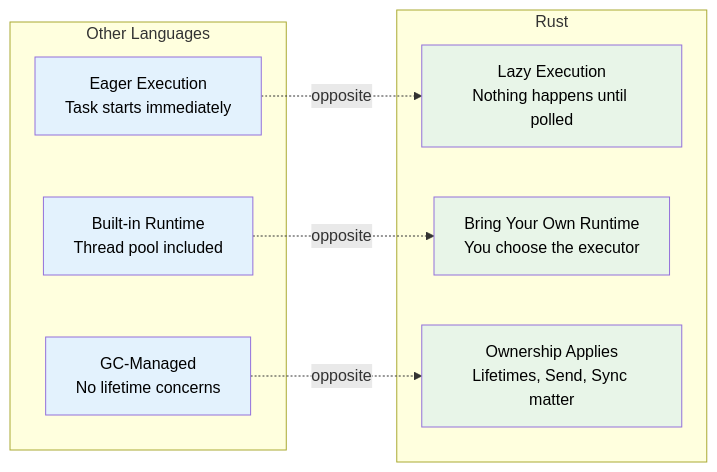
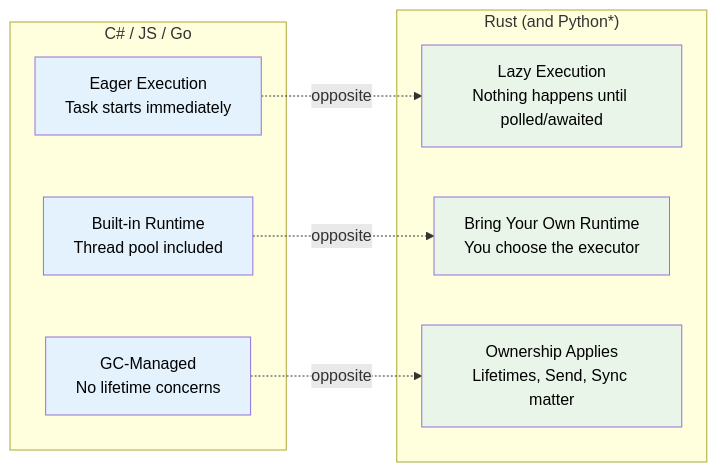
One commit to ruhankhandakar/rust-learning-microsoft changed the first of 2 diagrams in content/async-book/ch01-why-async-is-different-in-rust.md. Above: the diagram before and after it, drawn with Mermaid. The commit also changed other lines of this file and 6 other files, not shown here.

````diff
--- a/content/async-book/ch01-why-async-is-different-in-rust.md
+++ b/content/async-book/ch01-why-async-is-different-in-rust.md
@@ -19,25 +19,25 @@
 ```mermaid
 graph LR
-    subgraph "Other Languages"
+    subgraph "C# / JS / Go"
         EAGER["Eager Execution<br/>Task starts immediately"]
         BUILTIN["Built-in Runtime<br/>Thread pool included"]
         GC["GC-Managed<br/>No lifetime concerns"]
     end
 
-    subgraph "Rust"
-        LAZY["Lazy Execution<br/>Nothing happens until polled"]
+    subgraph "Rust (and Python*)"
+        LAZY["Lazy Execution<br/>Nothing happens until polled/awaited"]
         BYOB["Bring Your Own Runtime<br/>You choose the executor"]
         OWNED["Ownership Applies<br/>Lifetimes, Send, Sync matter"]
     end
 
     EAGER -. "opposite" .-> LAZY
     BUILTIN -. "opposite" .-> BYOB
     GC -. "opposite" .-> OWNED
 
     style LAZY fill:#e8f5e8,color:#000
     style BYOB fill:#e8f5e8,color:#000
     style OWNED fill:#e8f5e8,color:#000
     style EAGER fill:#e3f2fd,color:#000
     style BUILTIN fill:#e3f2fd,color:#000
     style GC fill:#e3f2fd,color:#000
 ```
````
